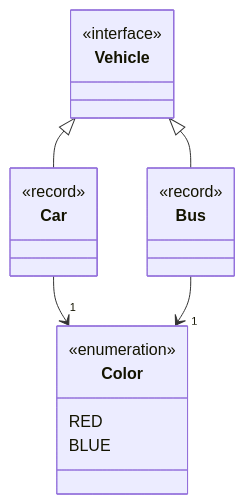
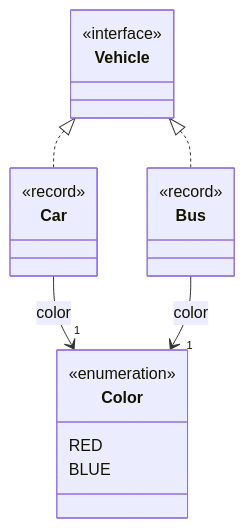
The diagram in src/main/java/factory/README.md (forax/design-pattern-reloaded), drawn with Mermaid before and after one commit.

Commit message:
improve diagram

````diff
--- a/src/main/java/factory/README.md
+++ b/src/main/java/factory/README.md
@@ -8,21 +8,21 @@
 ```mermaid
 classDiagram
 class Vehicle {
   <<interface>>
 }
 class Car {
   <<record>>
 }
 class Bus {
   <<record>>
 }
 class Color {
   <<enumeration>>
   RED
   BLUE
 }
-Vehicle <|-- Car
-Vehicle <|-- Bus
-Car --> "1" Color
-Bus --> "1" Color
+Vehicle <|.. Car
+Vehicle <|.. Bus
+Car --> "1" Color : color
+Bus --> "1" Color : color
 ```
````
